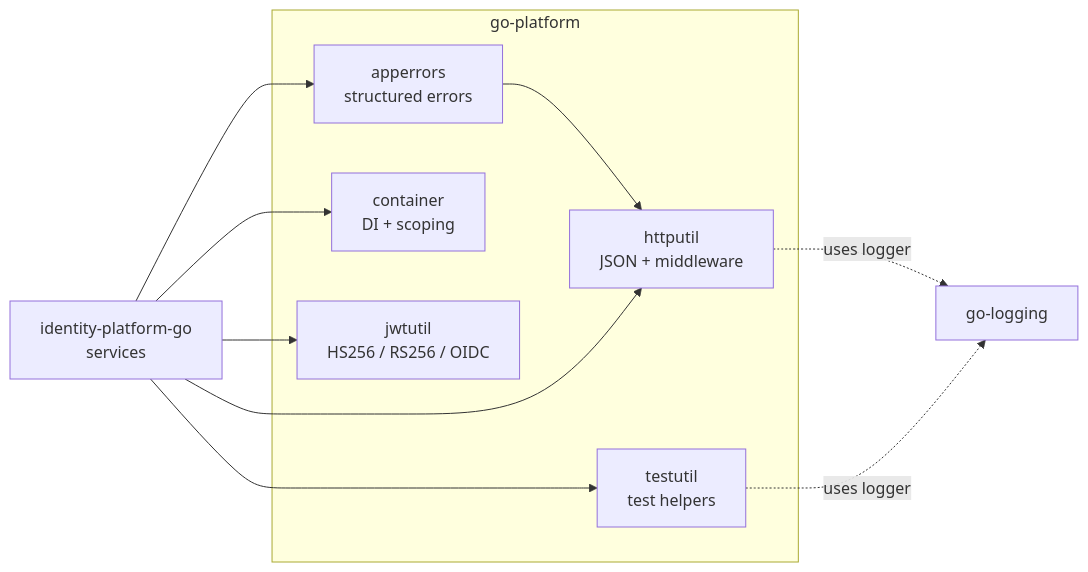
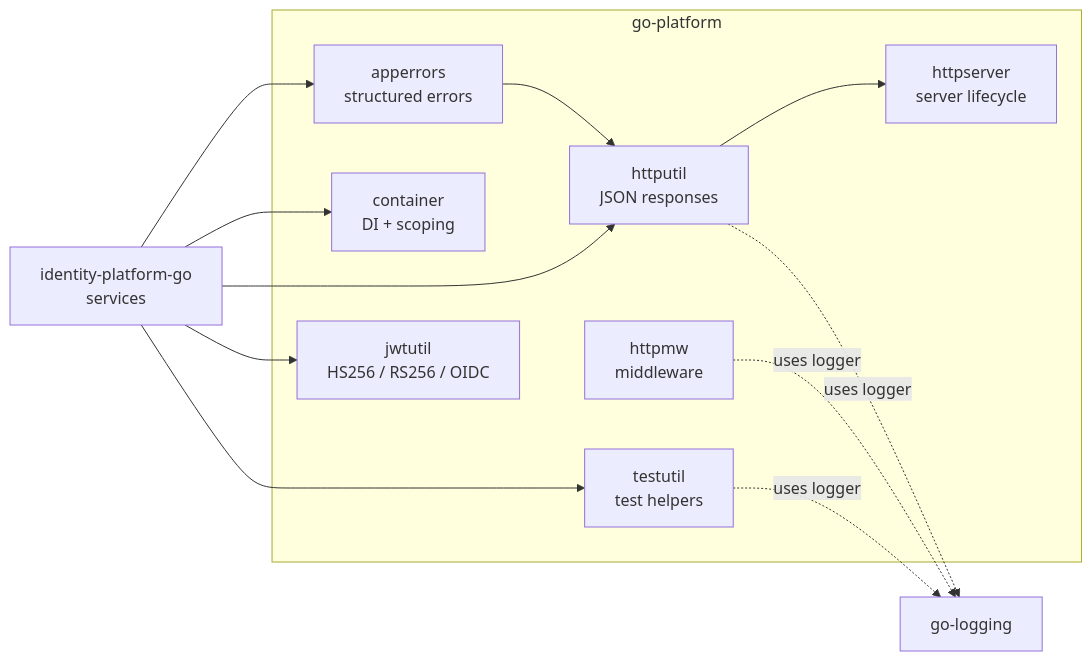
Before and after one commit to jedi-knights/architecture: the diagram in docs/go-platform.md, drawn with Mermaid. The commit also changed other lines of this file and 1 other file, not shown here.

First line of the commit message:
docs(adr): add ADR-0001 shared http middleware in go-platform httpmw (#9)

````diff
--- a/docs/go-platform.md
+++ b/docs/go-platform.md
@@ -22,20 +22,24 @@
 ```mermaid
 graph LR
     subgraph go-platform
         AE[apperrors<br/>structured errors]
         CT[container<br/>DI + scoping]
-        HU[httputil<br/>JSON + middleware]
+        HU[httputil<br/>JSON responses]
+        HM[httpmw<br/>middleware]
+        HS[httpserver<br/>server lifecycle]
         JU[jwtutil<br/>HS256 / RS256 / OIDC]
         TU[testutil<br/>test helpers]
     end
 
     AE --> HU
+    HU --> HS
+    HM -.uses logger.-> GL
     HU -.uses logger.-> GL[go-logging]
     TU -.uses logger.-> GL
 
     Services[identity-platform-go<br/>services] --> AE
     Services --> CT
     Services --> HU
     Services --> JU
     Services --> TU
 ```
````
